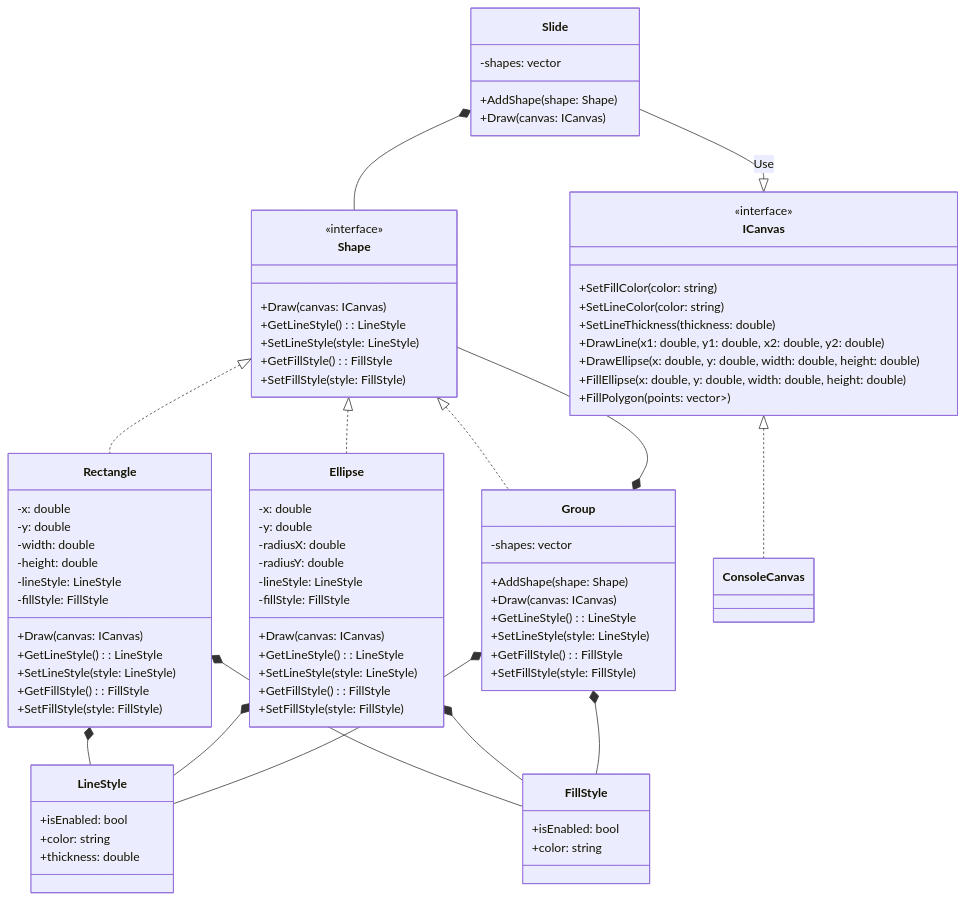
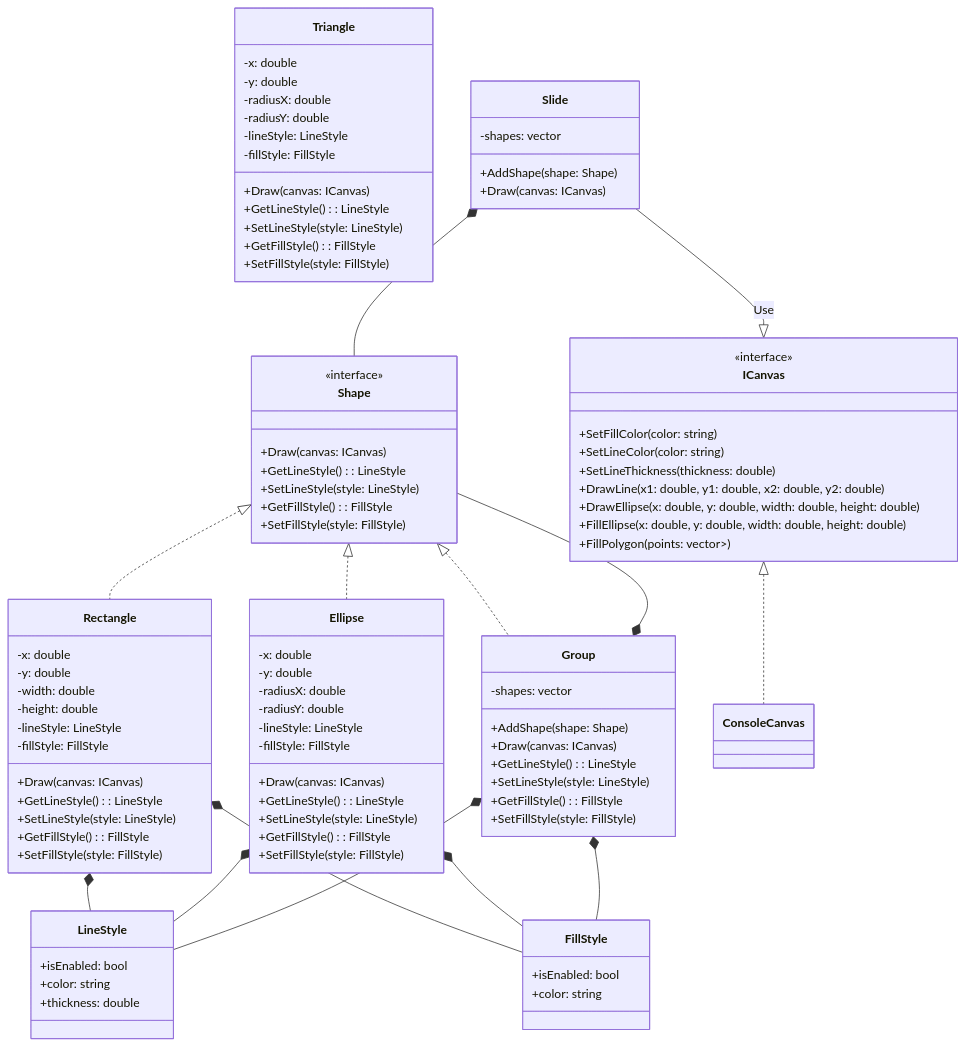
The diagram in 7/uml.md (Thehedgeh0g/OODLabs), drawn with Mermaid before and after one commit. The commit also changed 3 other files, not shown here.

```diff
--- a/7/uml.md
+++ b/7/uml.md
@@ -59,6 +59,20 @@
         +SetFillStyle(style: FillStyle)
     }
 
+    class Triangle {
+        -x: double
+        -y: double
+        -radiusX: double
+        -radiusY: double
+        -lineStyle: LineStyle
+        -fillStyle: FillStyle
+        +Draw(canvas: ICanvas)
+        +GetLineStyle(): LineStyle
+        +SetLineStyle(style: LineStyle)
+        +GetFillStyle(): FillStyle
+        +SetFillStyle(style: FillStyle)
+    }
+
     class Group {
         -shapes: vector<Shape>
         +AddShape(shape: Shape)
```
